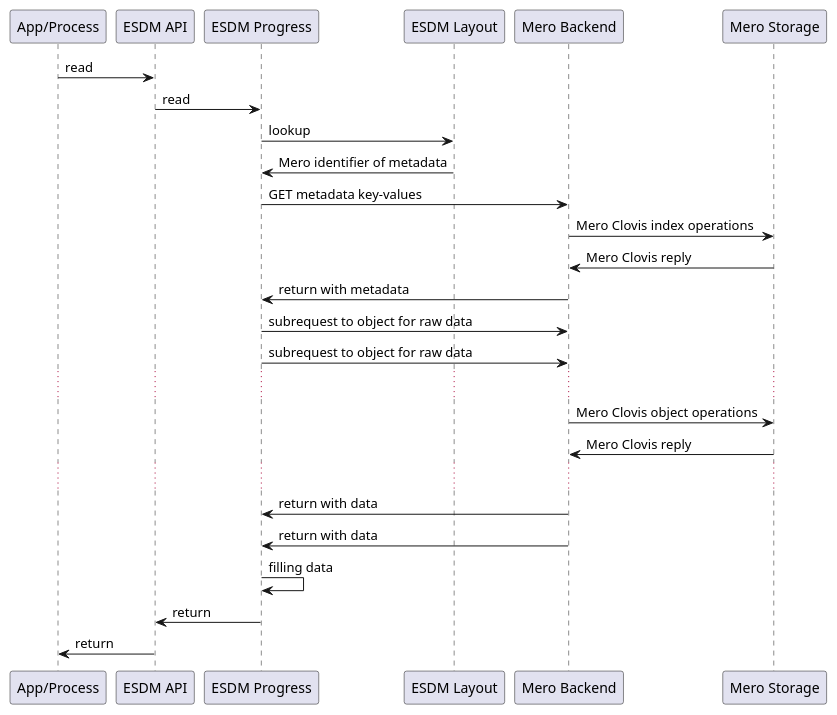
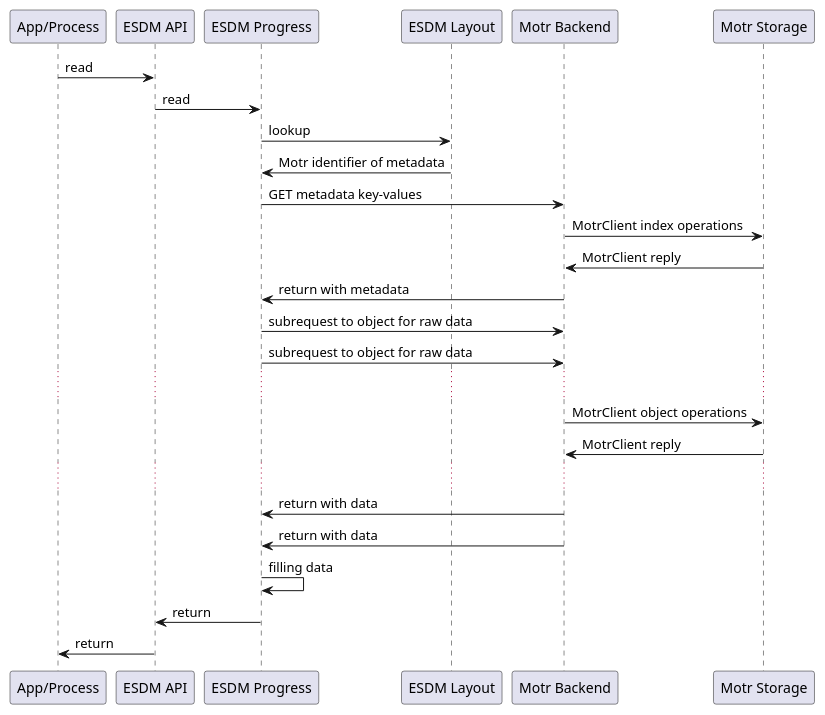
Before and after one commit to ESiWACE/esdm: the diagram in doc/assets/esdm-backends/mero/sequence_read.pu, drawn with PlantUML. The commit also changed 17 other files, not shown here.

Commit message:
backends: update code from Mero Clovis to Motr Client

```diff
--- a/doc/assets/esdm-backends/mero/sequence_read.pu
+++ b/doc/assets/esdm-backends/mero/sequence_read.pu
@@ -1,43 +1,43 @@
 @startuml
 
 participant "App/Process" as proc
 participant "ESDM API" as ESDM
 
 participant "ESDM Progress" as progress
 participant "ESDM Layout" as layout
 
-participant "Mero Backend" as backend
-participant "Mero Storage" as storage
+participant "Motr Backend" as backend
+participant "Motr Storage" as storage
 
 
 proc -> ESDM: read
 ESDM -> progress: read
 progress -> layout: lookup
-layout -> progress: Mero identifier of metadata
+layout -> progress: Motr identifier of metadata
 
 progress -> backend: GET metadata key-values
-backend -> storage:  Mero Clovis index operations
-backend <- storage:  Mero Clovis reply
+backend -> storage:  MotrClient index operations
+backend <- storage:  MotrClient reply
 progress <- backend: return with metadata
 
 progress -> backend: subrequest to object for raw data
 progress -> backend: subrequest to object for raw data
 
 ...
 
-backend -> storage:  Mero Clovis object operations
-backend <- storage:  Mero Clovis reply
+backend -> storage:  MotrClient object operations
+backend <- storage:  MotrClient reply
 
 ...
 
 progress <- backend: return with data
 progress <- backend: return with data
 
 progress -> progress: filling data
 
 ESDM <- progress: return
 proc <- ESDM: return
 
 
 
 @enduml
```
